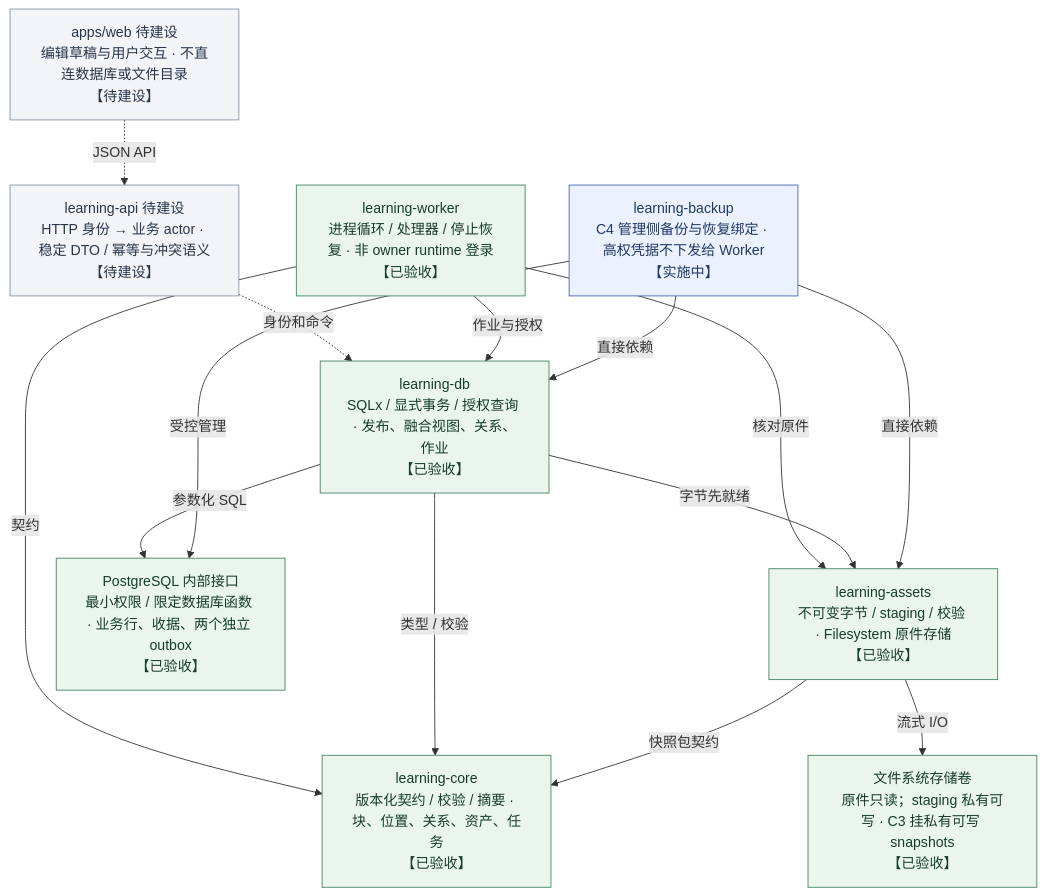
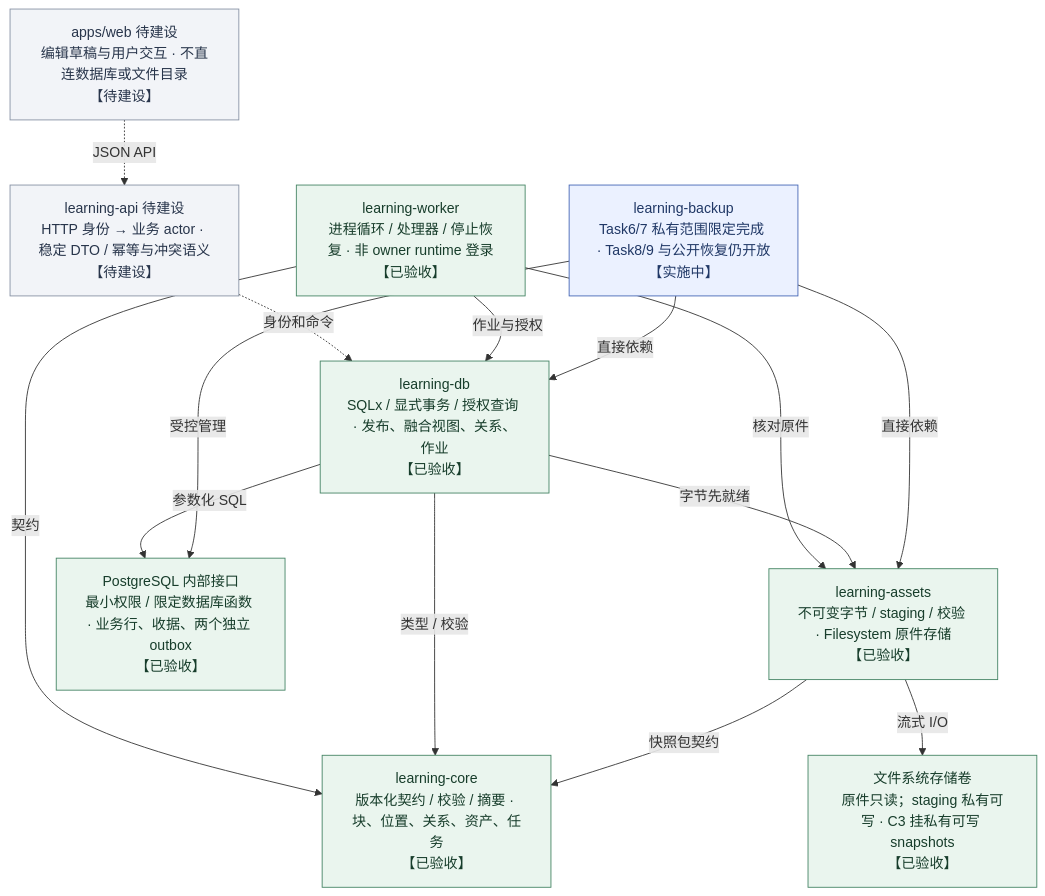
One commit to MansurnamedZhang/learning-system-p0c4 changed the diagram in docs/diagrams/knowweave-crates.mmd. Above: the diagram before and after it, drawn with Mermaid. The commit also changed 14 other files, not shown here.

First line of the commit message:
docs: audit full roadmap and regenerate current architecture maps

```diff
--- a/docs/diagrams/knowweave-crates.mmd
+++ b/docs/diagrams/knowweave-crates.mmd
@@ -1,30 +1,30 @@
 flowchart TB
     web["apps/web 待建设<br/>编辑草稿与用户交互 · 不直连数据库或文件目录<br/>【待建设】"]
     api["learning-api 待建设<br/>HTTP 身份 → 业务 actor · 稳定 DTO / 幂等与冲突语义<br/>【待建设】"]
     worker["learning-worker<br/>进程循环 / 处理器 / 停止恢复 · 非 owner runtime 登录<br/>【已验收】"]
     core["learning-core<br/>版本化契约 / 校验 / 摘要 · 块、位置、关系、资产、任务<br/>【已验收】"]
     db["learning-db<br/>SQLx / 显式事务 / 授权查询 · 发布、融合视图、关系、作业<br/>【已验收】"]
     assets["learning-assets<br/>不可变字节 / staging / 校验 · Filesystem 原件存储<br/>【已验收】"]
     pg["PostgreSQL 内部接口<br/>最小权限 / 限定数据库函数 · 业务行、收据、两个独立 outbox<br/>【已验收】"]
     file["文件系统存储卷<br/>原件只读；staging 私有可写 · C3 挂私有可写 snapshots<br/>【已验收】"]
-    backup["learning-backup<br/>C4 管理侧备份与恢复绑定 · 高权凭据不下发给 Worker<br/>【实施中】"]
+    backup["learning-backup<br/>Task6/7 私有范围限定完成 · Task8/9 与公开恢复仍开放<br/>【实施中】"]
     web -. "JSON API" .-> api
     api -. "身份和命令" .-> db
     worker -- "作业与授权" --> db
     worker -- "核对原件" --> assets
     worker -- "契约" --> core
     db -- "类型 / 校验" --> core
     db -- "字节先就绪" --> assets
     assets -- "快照包契约" --> core
     db -- "参数化 SQL" --> pg
     assets -- "流式 I/O" --> file
     backup -- "直接依赖" --> db
     backup -- "直接依赖" --> assets
     backup -- "受控管理" --> pg
     class worker,core,db,assets,pg,file done
     class backup next
     class web,api planned
     classDef done fill:#eaf5ee,stroke:#438363,color:#173d2b
     classDef next fill:#ebf1ff,stroke:#4365b4,color:#203866
     classDef planned fill:#f2f4f8,stroke:#8591a3,color:#28354b
     classDef optional fill:#f3ecfb,stroke:#9271b0,color:#4a3362
```
